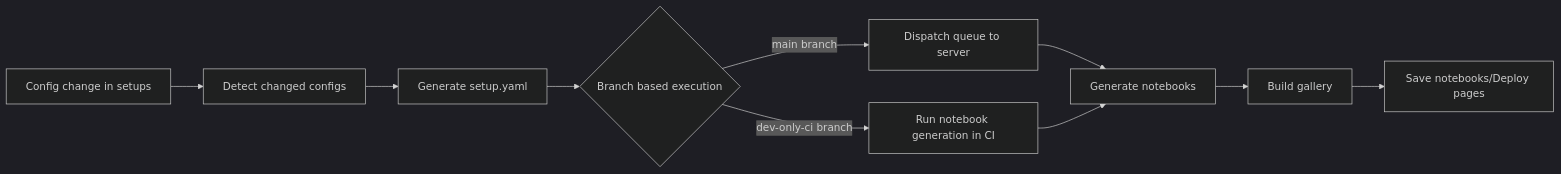
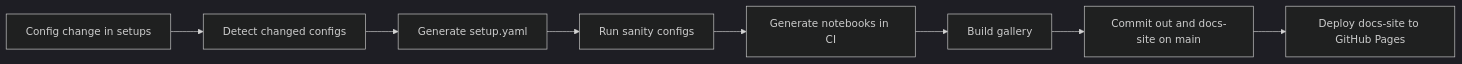
The diagram in docs/ARCHITECTURE.md (Aaryan-Dadu/tardis-proposal-demo), drawn with Mermaid (dark theme) before and after one commit. The commit also changed other lines of this file and 8 other files, not shown here.

````diff
--- a/docs/ARCHITECTURE.md
+++ b/docs/ARCHITECTURE.md
@@ -10,12 +7,10 @@
 ```mermaid
 flowchart LR
     A[Config change in setups] --> B[Detect changed configs]
     B --> C[Generate setup.yaml]
-    C --> D{Branch based execution}
-    D -->|main branch| E[Dispatch queue to server]
-    D -->|dev-only-ci branch| F[Run notebook generation in CI]
-    E --> G[Generate notebooks]
-    F --> G
-    G --> H[Build gallery]
-    H --> I[Save notebooks/Deploy pages]
+    C --> D[Run sanity configs]
+    D --> E[Generate notebooks in CI]
+    E --> F[Build gallery]
+    F --> G[Commit out and docs-site on main]
+    G --> H[Deploy docs-site to GitHub Pages]
 ```
````
